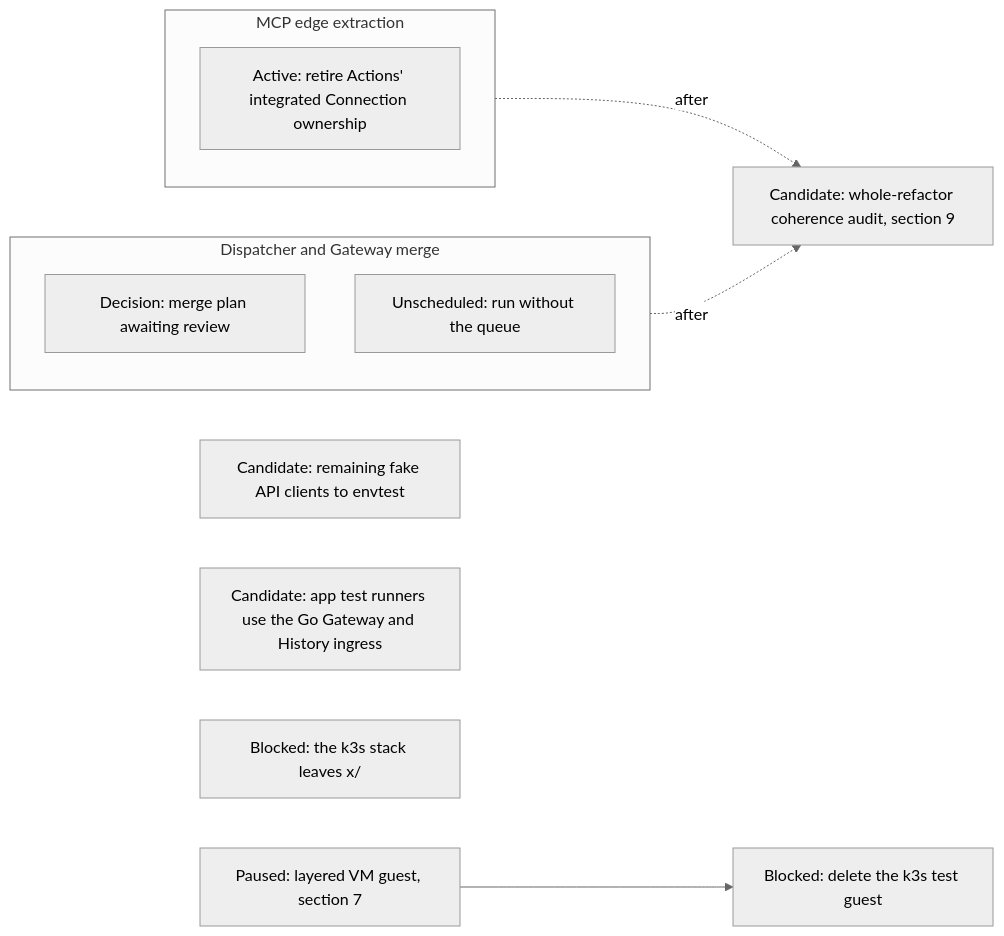
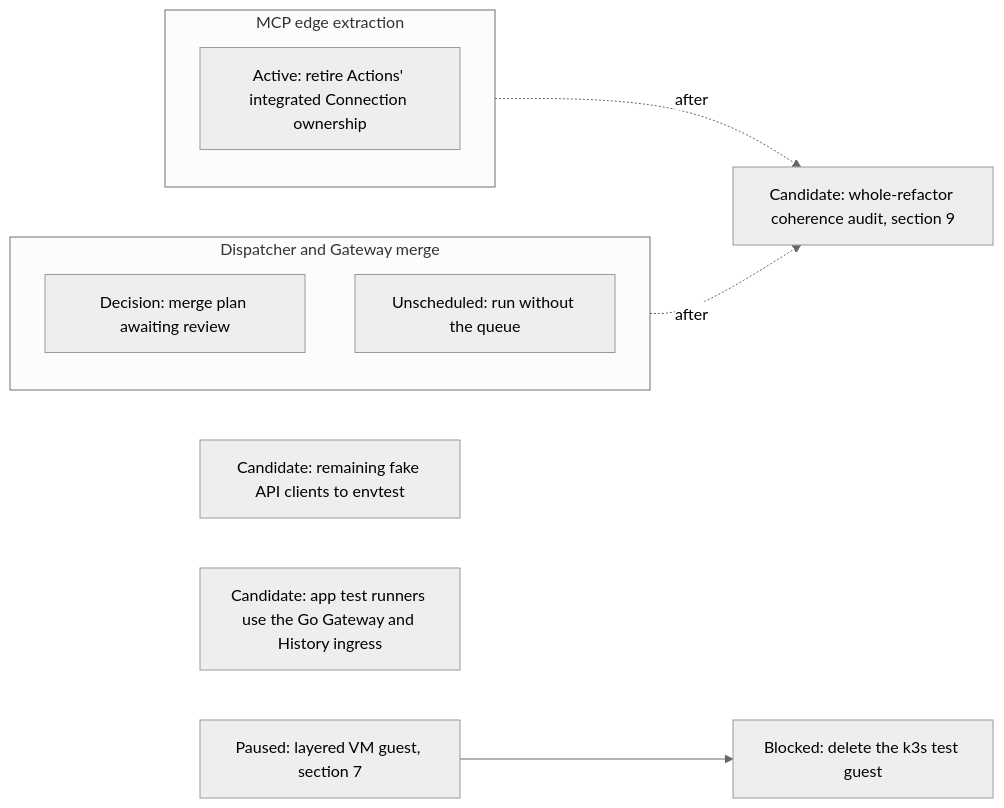
Before and after one commit to agentydragon/ducktape: the first of 19 diagrams in agentplane/plans/task_dag.md, drawn with Mermaid (neutral theme). The commit also changed other lines of this file and 51 other files, not shown here.

````diff
--- a/agentplane/plans/task_dag.md
+++ b/agentplane/plans/task_dag.md
@@ -29,16 +29,15 @@
 ```mermaid
 flowchart LR
     subgraph ACTION_TRACK[MCP edge extraction]
         ACTION_MCP_EDGE_SPLIT[Active: retire Actions' integrated Connection ownership]
     end
     subgraph DISPATCH_TRACK[Dispatcher and Gateway merge]
         DISPATCHER_PERSISTENCE_MODEL_DESIGN[Decision: merge plan awaiting review]
         DISPATCHER_QUEUE_OPTIONAL[Unscheduled: run without the queue]
     end
     FAKE_CLIENTS_TO_ENVTEST[Candidate: remaining fake API clients to envtest]
     APP_TEST_RUNNER_FIXTURES_GO[Candidate: app test runners use the Go Gateway and History ingress]
-    K3S_ENV_OUT_OF_X[Blocked: the k3s stack leaves x/]
     RUNNER_LAYERING_VM[Paused: layered VM guest, section 7] --> K3S_TEST_GUEST_RETIRE[Blocked: delete the k3s test guest]
     ACTION_TRACK -. after .-> REFACTOR_COHERENCE_AUDIT[Candidate: whole-refactor coherence audit, section 9]
     DISPATCH_TRACK -. after .-> REFACTOR_COHERENCE_AUDIT
 ```
````
